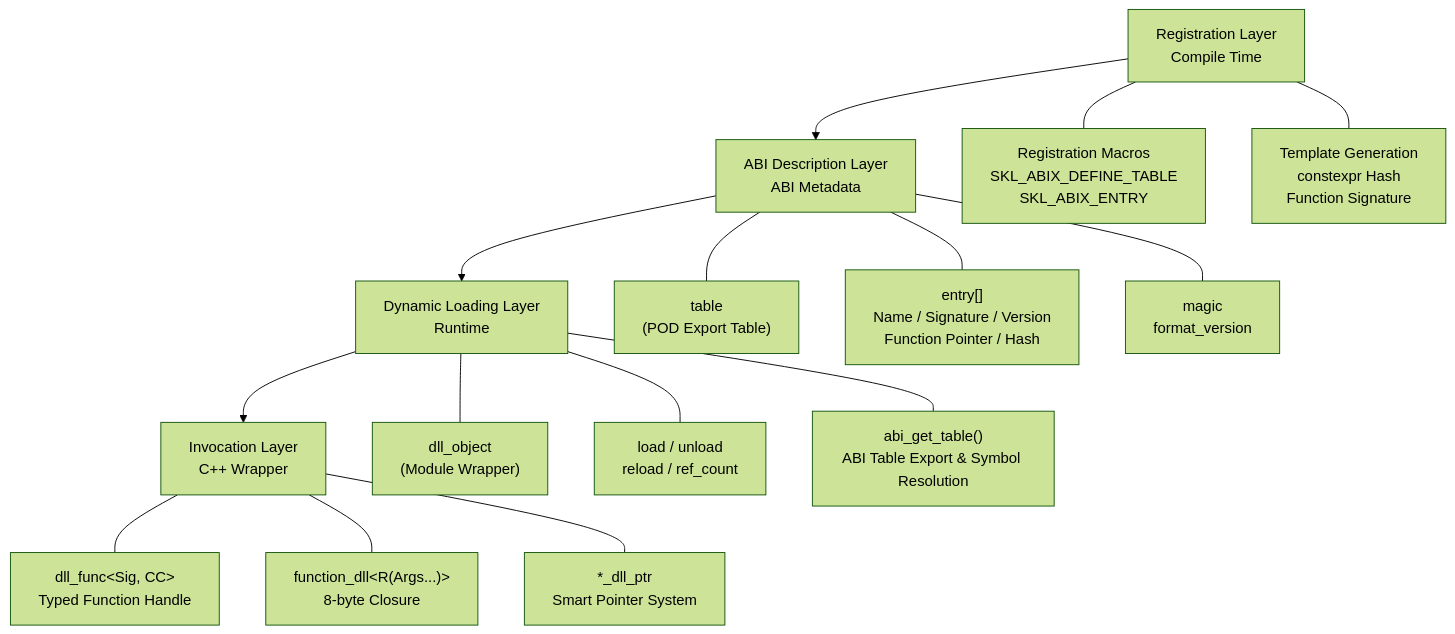
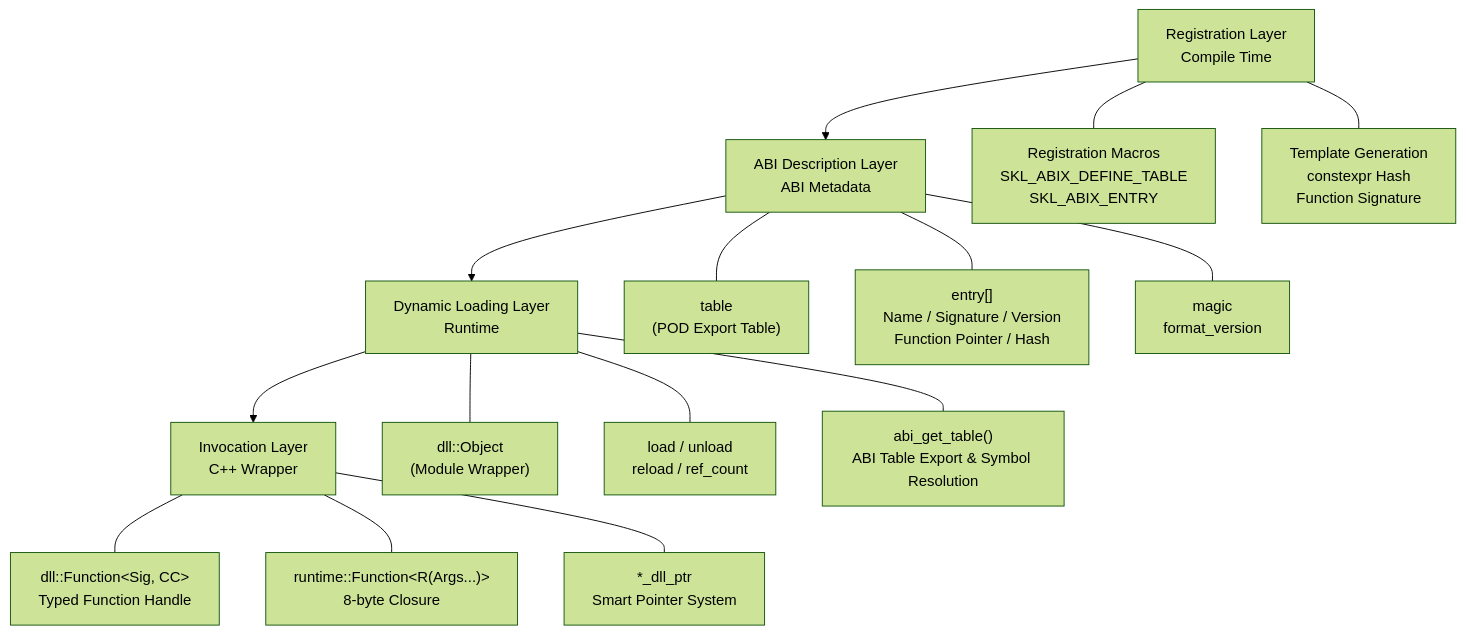
The diagram in docs/abix/api.md (Sukanle/ABIX), drawn with Mermaid (forest theme) before and after one commit. The commit also changed other lines of this file and 262 other files, not shown here.

````diff
--- a/docs/abix/api.md
+++ b/docs/abix/api.md
@@ -32,35 +32,35 @@
 ```mermaid
 flowchart TB
 
     A["Registration Layer<br/>Compile Time"]
 
     B["ABI Description Layer<br/>ABI Metadata"]
 
     C["Dynamic Loading Layer<br/>Runtime"]
 
     D["Invocation Layer<br/>C++ Wrapper"]
 
     A --> B --> C --> D
 
     A --- A1["Registration Macros<br/>SKL_ABIX_DEFINE_TABLE<br/>SKL_ABIX_ENTRY"]
 
     A --- A2["Template Generation<br/>constexpr Hash<br/>Function Signature"]
 
     B --- B1["table<br/>(POD Export Table)"]
 
     B --- B2["entry[]<br/>Name / Signature / Version<br/>Function Pointer / Hash"]
 
     B --- B3["magic<br/>format_version"]
 
-    C --- C1["dll_object<br/>(Module Wrapper)"]
+    C --- C1["dll::Object<br/>(Module Wrapper)"]
 
     C --- C2["load / unload<br/>reload / ref_count"]
 
     C --- C3["abi_get_table()<br/>ABI Table Export & Symbol Resolution"]
 
-    D --- D1["dll_func&lt;Sig, CC&gt;<br/>Typed Function Handle"]
+    D --- D1["dll::Function&lt;Sig, CC&gt;<br/>Typed Function Handle"]
 
-    D --- D2["function_dll&lt;R(Args...)&gt;<br/>8-byte Closure"]
+    D --- D2["runtime::Function&lt;R(Args...)&gt;<br/>8-byte Closure"]
 
     D --- D3["*_dll_ptr<br/>Smart Pointer System"]
 ```
````
